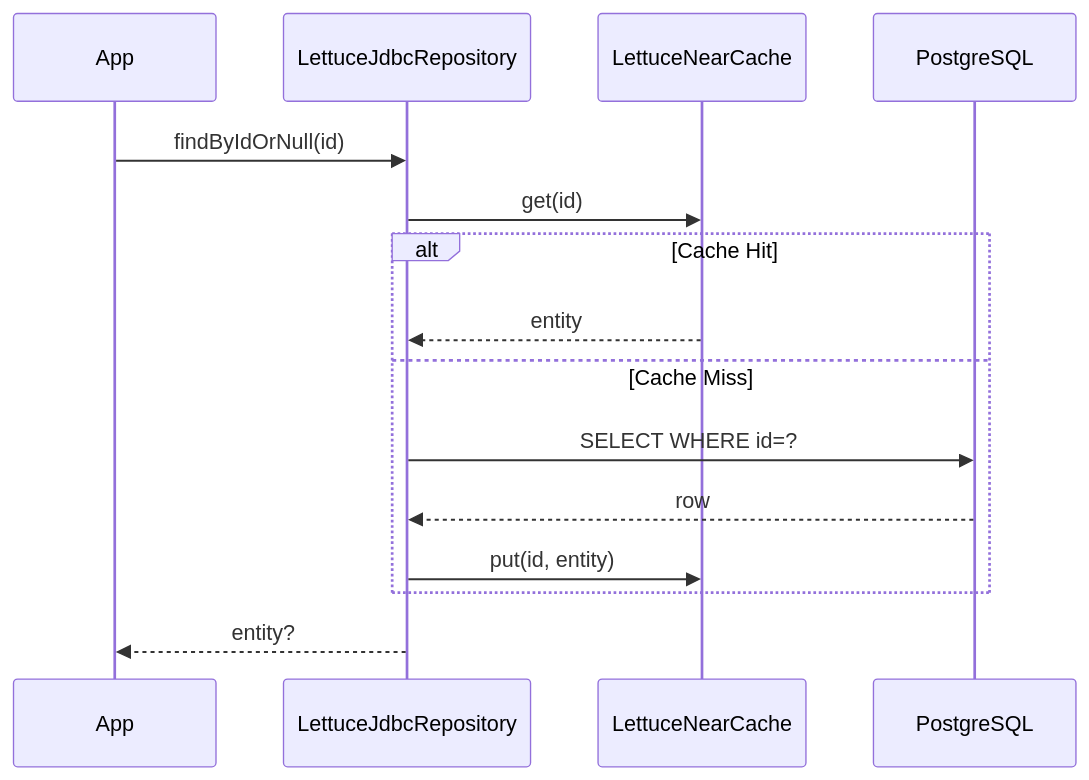
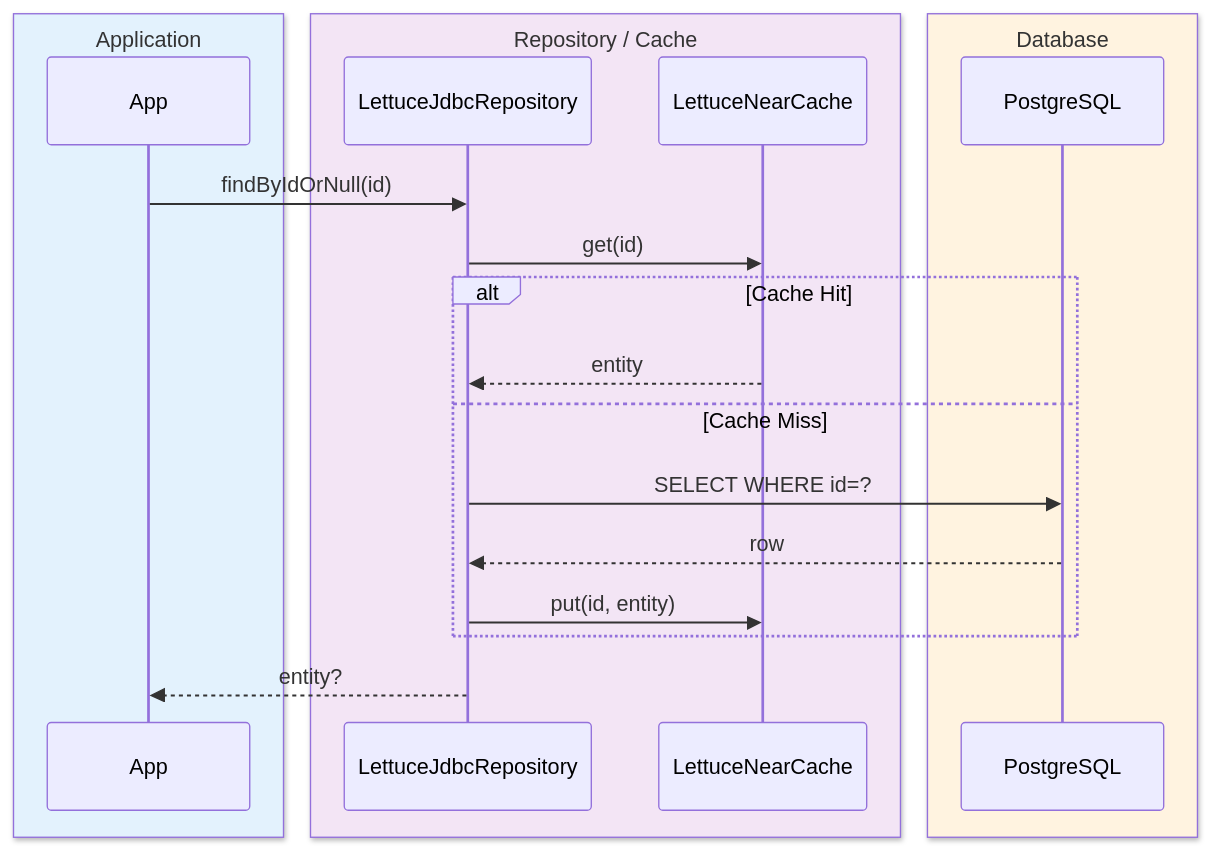
The second of 2 diagrams in data/exposed-jdbc-lettuce/README.md (bluetape4k/bluetape4k-projects), drawn with Mermaid before and after one commit. The commit also changed other lines of this file and 221 other files, not shown here.

First line of the commit message:
docs: 전체 모듈 README UML 다이어그램 보강 및 색상 업그레이드

````diff
--- a/data/exposed-jdbc-lettuce/README.md
+++ b/data/exposed-jdbc-lettuce/README.md
@@ -126,18 +129,24 @@
 ```mermaid
 sequenceDiagram
-    participant App
-    participant Repo as LettuceJdbcRepository
-    participant Cache as LettuceNearCache
-    participant DB as PostgreSQL
+    box rgb(227, 242, 253) Application
+        participant App
+    end
+    box rgb(243, 229, 245) Repository / Cache
+        participant Repo as LettuceJdbcRepository
+        participant Cache as LettuceNearCache
+    end
+    box rgb(255, 243, 224) Database
+        participant DB as PostgreSQL
+    end
 
     App->>Repo: findByIdOrNull(id)
     Repo->>Cache: get(id)
     alt Cache Hit
         Cache-->>Repo: entity
     else Cache Miss
         Repo->>DB: SELECT WHERE id=?
         DB-->>Repo: row
         Repo->>Cache: put(id, entity)
     end
     Repo-->>App: entity?
 ```
````
